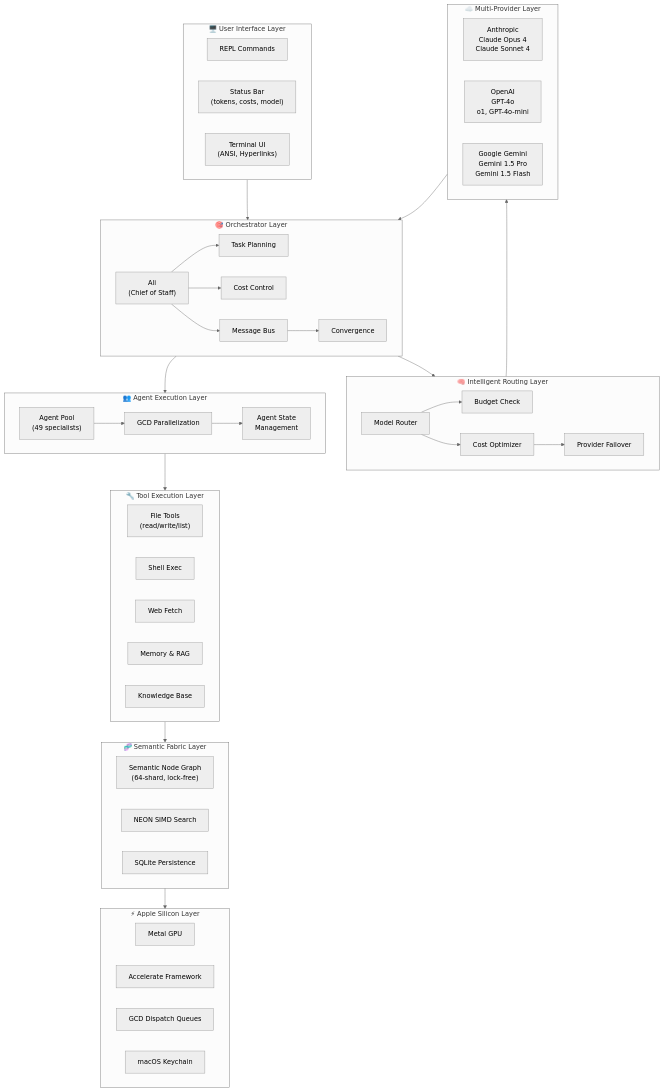
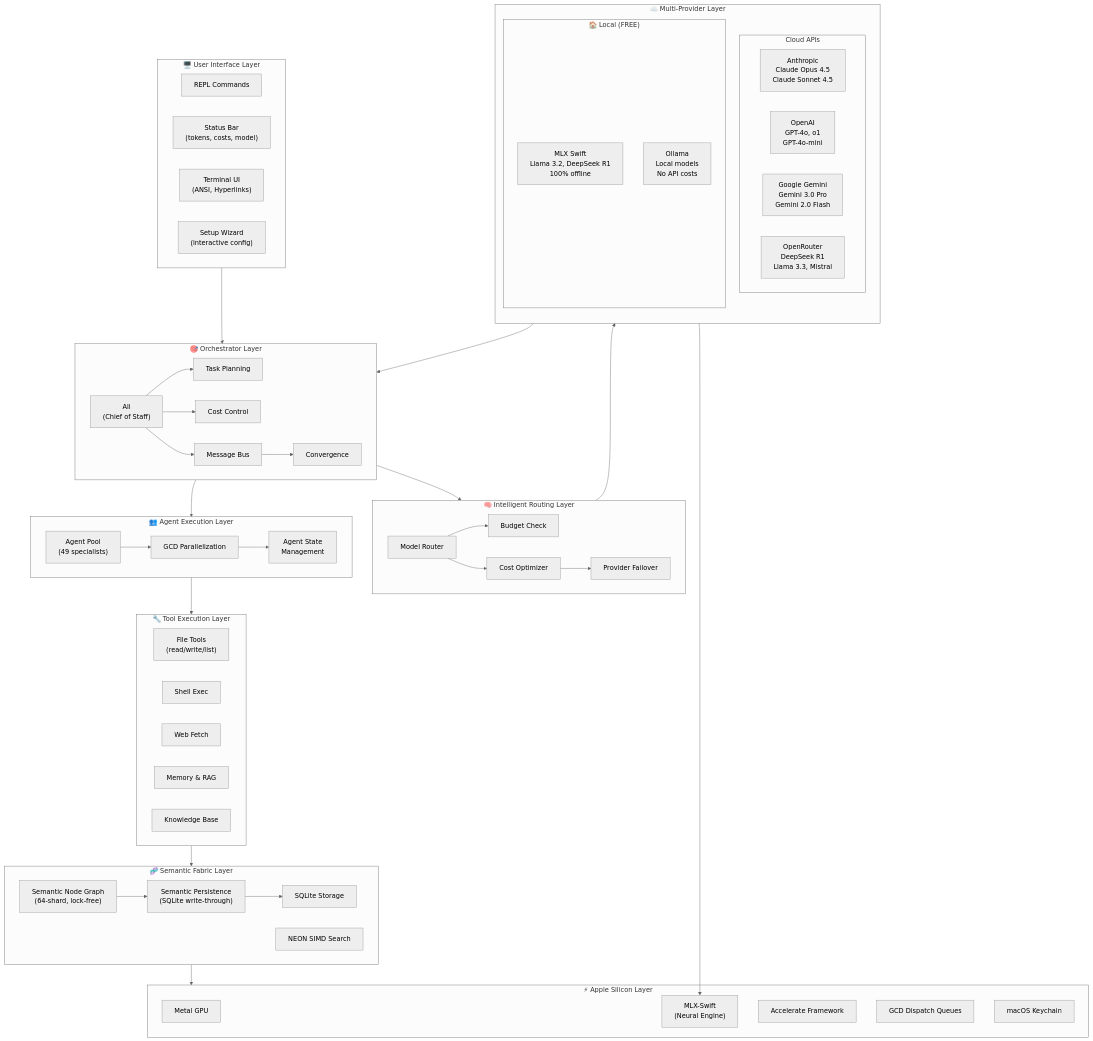
Before and after one commit to Roberdan/convergio-cli: the first of 4 diagrams in README.md, drawn with Mermaid (neutral theme). The commit also changed other lines of this file, not shown here.

Commit message:
docs: Update Mermaid diagrams for MLX, OpenRouter, Ollama, Semantic Memory
Updated README.md architecture diagrams to reflect v4.0 features:

System Overview:
- Added MLX Swift and Ollama as local providers (FREE)
- Added OpenRouter (300+ models)
- Added Setup Wizard to UI layer
- Added Semantic Persistence to Fabric layer
- Added MLX-Swift to Apple Silicon layer
- Updated model names to latest (Opus 4.5, Sonnet 4.5, etc.)

Component Relationships:
- Added openrouter.c, ollama.c, mlx.m providers
- Added setup_wizard.c to Core components
- Added semantic_persistence.c to Storage layer
- Added connection from Fabric to SemanticPersist

Data Flow Summary:
- Updated all layers to reflect new components

🤖 Generated with [Claude Code](https://claude.com/claude-code)

````diff
--- a/README.md
+++ b/README.md
@@ -496,6 +496,7 @@
         REPL["REPL Commands"]
         StatusBar["Status Bar<br/>(tokens, costs, model)"]
         Terminal["Terminal UI<br/>(ANSI, Hyperlinks)"]
+        SetupWizard["Setup Wizard<br/>(interactive config)"]
     end
 
     subgraph ORCH["🎯 Orchestrator Layer"]
@@ -514,10 +515,17 @@
     end
 
     subgraph PROVIDERS["☁️ Multi-Provider Layer"]
-        direction LR
-        Anthropic["Anthropic<br/>Claude Opus 4<br/>Claude Sonnet 4"]
-        OpenAI["OpenAI<br/>GPT-4o<br/>o1, GPT-4o-mini"]
-        Gemini["Google Gemini<br/>Gemini 1.5 Pro<br/>Gemini 1.5 Flash"]
+        direction TB
+        subgraph CloudAPI["Cloud APIs"]
+            Anthropic["Anthropic<br/>Claude Opus 4.5<br/>Claude Sonnet 4.5"]
+            OpenAI["OpenAI<br/>GPT-4o, o1<br/>GPT-4o-mini"]
+            Gemini["Google Gemini<br/>Gemini 3.0 Pro<br/>Gemini 2.0 Flash"]
+            OpenRouter["OpenRouter<br/>DeepSeek R1<br/>Llama 3.3, Mistral"]
+        end
+        subgraph LocalInference["🏠 Local (FREE)"]
+            MLX["MLX Swift<br/>Llama 3.2, DeepSeek R1<br/>100% offline"]
+            Ollama["Ollama<br/>Local models<br/>No API costs"]
+        end
     end
 
     subgraph AGENTS["👥 Agent Execution Layer"]
@@ -536,12 +544,14 @@
 
     subgraph FABRIC["🧬 Semantic Fabric Layer"]
         SemanticGraph["Semantic Node Graph<br/>(64-shard, lock-free)"]
+        SemanticPersist["Semantic Persistence<br/>(SQLite write-through)"]
         NEON["NEON SIMD Search"]
-        SQLite["SQLite Persistence"]
+        SQLite["SQLite Storage"]
     end
 
     subgraph SILICON["⚡ Apple Silicon Layer"]
         Metal["Metal GPU"]
+        MLXSwift["MLX-Swift<br/>(Neural Engine)"]
         Accelerate["Accelerate Framework"]
         GCDQueues["GCD Dispatch Queues"]
         Keychain["macOS Keychain"]
@@ -567,4 +577,8 @@
 
     AgentPool --> GCD
     GCD --> AgentState
+
+    MLX --> MLXSwift
+    SemanticGraph --> SemanticPersist
+    SemanticPersist --> SQLite
 ```
````
